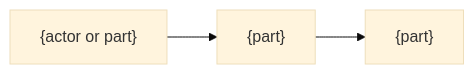
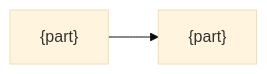
One commit to lovaizu/telldes changed the first of 2 diagrams in .rn/templates/design.md. Above: the diagram before and after it, drawn with Mermaid (base theme). The commit also changed other lines of this file and 1 other file, not shown here.

````diff
--- a/.rn/templates/design.md
+++ b/.rn/templates/design.md
@@ -32,4 +23,4 @@
 ```mermaid
 flowchart LR
-  A["{actor or part}"] --> B["{part}"] --> C["{part}"]
+  A["{part}"] --> B["{part}"]
 ```
````
